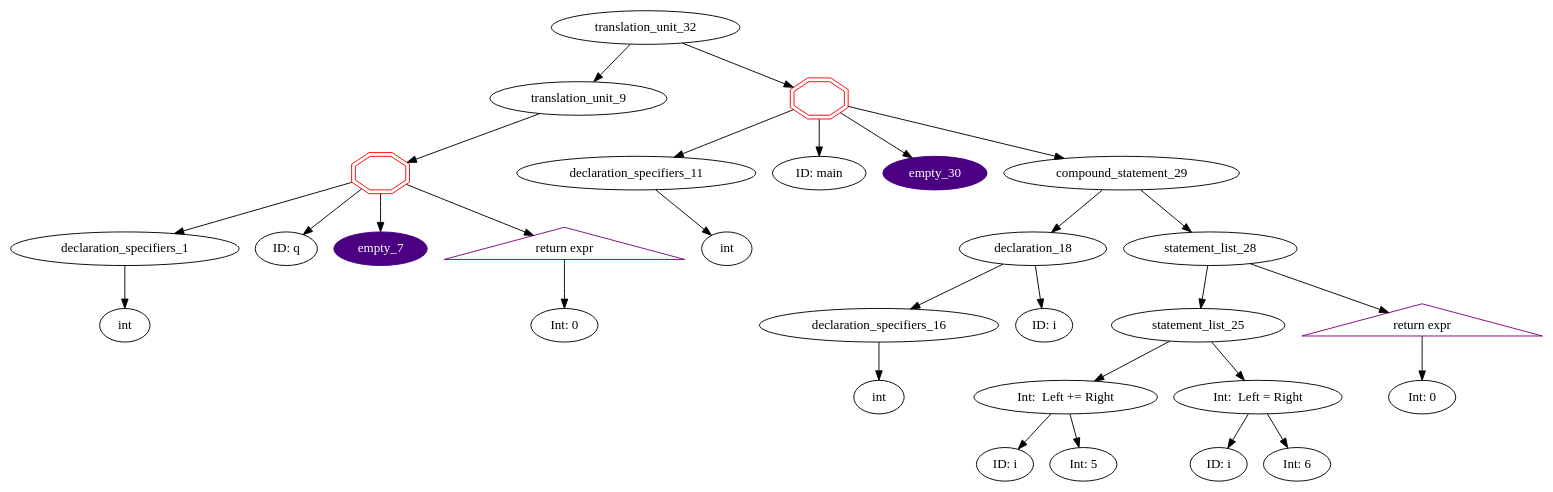
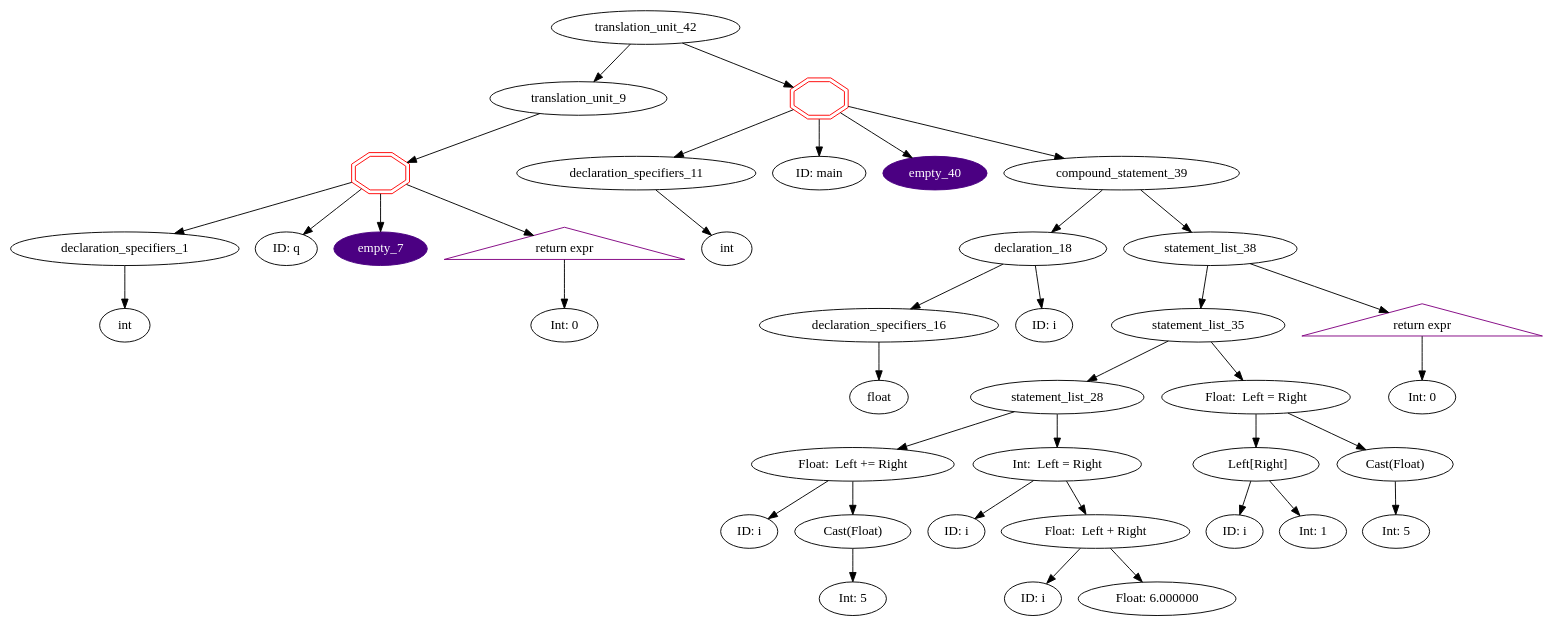
One commit to ahpalmerUNR/c_compiler changed the diagram in graphs/default.gv. Above: the diagram before and after it, drawn with Graphviz. The commit also changed 4 other files, not shown here.

```diff
--- a/graphs/default.gv
+++ b/graphs/default.gv
@@ -1,54 +1,73 @@
 digraph AST {
-	translation_unit_32 -> translation_unit_9;
+	translation_unit_42 -> translation_unit_9;
 	translation_unit_9 -> function_definition_8;
 	function_definition_8 [shape=doubleoctagon,color=red,label=""]
 	function_definition_8 -> declaration_specifiers_1;
 	declaration_specifiers_1 [label="declaration_specifiers_1"]
 	declaration_specifiers_1 -> type_specifier_0;
 	type_specifier_0 [label="int"]
 	function_definition_8 -> identifier_2;
 	identifier_2 [label="ID: q"]
 	function_definition_8 -> empty_7;
 	empty_7 [style=filled,color=indigo,fontcolor=white]
 	function_definition_8 -> jump_statement_6;
 	jump_statement_6 [shape = triangle,color=purple,label="return expr"]
 	jump_statement_6 -> constant_5;
 	constant_5 [label="Int: 0"]
-	translation_unit_32 -> function_definition_31;
-	function_definition_31 [shape=doubleoctagon,color=red,label=""]
-	function_definition_31 -> declaration_specifiers_11;
+	translation_unit_42 -> function_definition_41;
+	function_definition_41 [shape=doubleoctagon,color=red,label=""]
+	function_definition_41 -> declaration_specifiers_11;
 	declaration_specifiers_11 [label="declaration_specifiers_11"]
 	declaration_specifiers_11 -> type_specifier_10;
 	type_specifier_10 [label="int"]
-	function_definition_31 -> identifier_12;
+	function_definition_41 -> identifier_12;
 	identifier_12 [label="ID: main"]
-	function_definition_31 -> empty_30;
-	empty_30 [style=filled,color=indigo,fontcolor=white]
-	function_definition_31 -> compound_statement_29;
-	compound_statement_29 -> declaration_18;
+	function_definition_41 -> empty_40;
+	empty_40 [style=filled,color=indigo,fontcolor=white]
+	function_definition_41 -> compound_statement_39;
+	compound_statement_39 -> declaration_18;
 	declaration_18 [label="declaration_18"]
 	declaration_18 -> declaration_specifiers_16;
 	declaration_specifiers_16 [label="declaration_specifiers_16"]
 	declaration_specifiers_16 -> type_specifier_15;
-	type_specifier_15 [label="int"]
+	type_specifier_15 [label="float"]
 	declaration_18 -> identifier_17;
 	identifier_17 [label="ID: i"]
-	compound_statement_29 -> statement_list_28;
-	statement_list_28 -> statement_list_25;
-	statement_list_25 -> assignment_expression_21;
-	assignment_expression_21 [label="Int:  Left += Right"]
+	compound_statement_39 -> statement_list_38;
+	statement_list_38 -> statement_list_35;
+	statement_list_35 -> statement_list_28;
+	statement_list_28 -> assignment_expression_21;
+	assignment_expression_21 [label="Float:  Left += Right"]
 	assignment_expression_21 -> identifier_19;
 	identifier_19 [label="ID: i"]
-	assignment_expression_21 -> constant_20;
+	assignment_expression_21 -> Implicit_Cast_22;
+	Implicit_Cast_22 [label="Cast(Float)"]
+	Implicit_Cast_22 -> constant_20;
 	constant_20 [label="Int: 5"]
-	statement_list_25 -> assignment_expression_24;
-	assignment_expression_24 [label="Int:  Left = Right"]
-	assignment_expression_24 -> identifier_22;
-	identifier_22 [label="ID: i"]
-	assignment_expression_24 -> constant_23;
-	constant_23 [label="Int: 6"]
-	statement_list_28 -> jump_statement_27;
-	jump_statement_27 [shape = triangle,color=purple,label="return expr"]
-	jump_statement_27 -> constant_26;
-	constant_26 [label="Int: 0"]
+	statement_list_28 -> assignment_expression_27;
+	assignment_expression_27 [label="Int:  Left = Right"]
+	assignment_expression_27 -> identifier_23;
+	identifier_23 [label="ID: i"]
+	assignment_expression_27 -> operator_expression_26;
+	operator_expression_26 [label="Float:  Left + Right"]
+	operator_expression_26 -> identifier_24;
+	identifier_24 [label="ID: i"]
+	operator_expression_26 -> constant_25;
+	constant_25 [label="Float: 6.000000"]
+	statement_list_35 -> assignment_expression_33;
+	assignment_expression_33 [label="Float:  Left = Right"]
+	assignment_expression_33 -> postfix_expression_31;
+	postfix_expression_31 [label="  Left[Right]"]
+	postfix_expression_31 -> identifier_29;
+	identifier_29 [label="ID: i"]
+	postfix_expression_31 -> constant_30;
+	constant_30 [label="Int: 1"]
+	assignment_expression_33 -> Implicit_Cast_34;
+	Implicit_Cast_34 [label="Cast(Float)"]
+	Implicit_Cast_34 -> constant_32;
+	constant_32 [label="Int: 5"]
+	statement_list_38 -> jump_statement_37;
+	jump_statement_37 [shape = triangle,color=purple,label="return expr"]
+	jump_statement_37 -> constant_36;
+	constant_36 [label="Int: 0"]
 }
```
